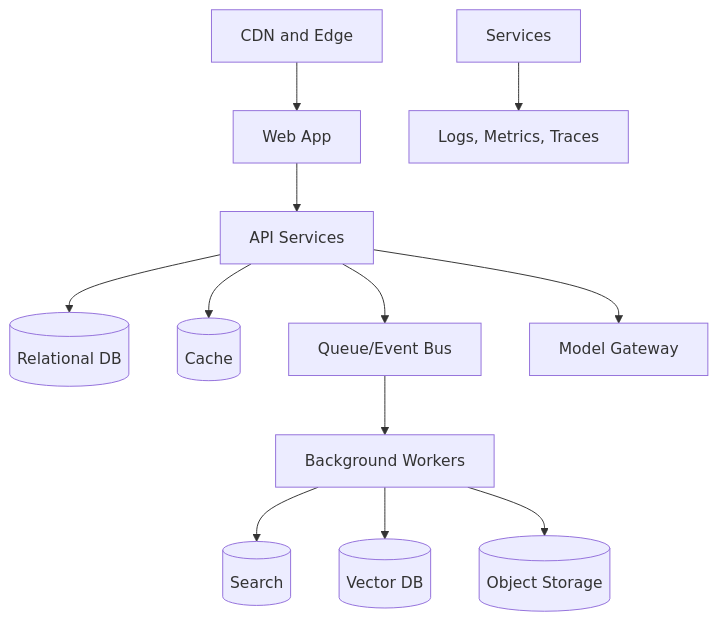
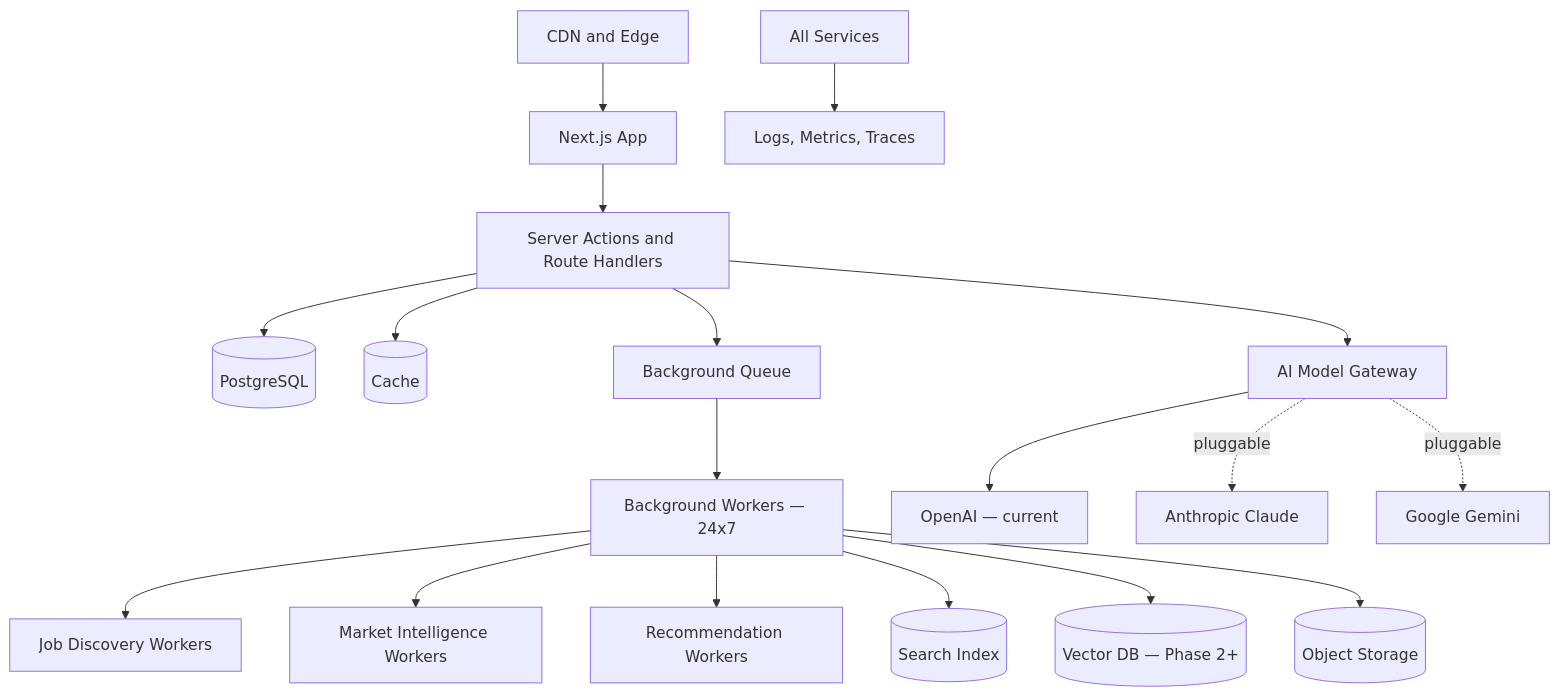
Before and after one commit to Mirzzie/Fadi: the diagram in docs/INFRASTRUCTURE_AND_DEPLOYMENT.md, drawn with Mermaid. The commit also changed other lines of this file and 65 other files, not shown here.

First line of the commit message:
docs: update architecture docs for Better Auth, Kai, and data sources

````diff
--- a/docs/INFRASTRUCTURE_AND_DEPLOYMENT.md
+++ b/docs/INFRASTRUCTURE_AND_DEPLOYMENT.md
@@ -27,14 +25,20 @@
 ```mermaid
 flowchart TD
-    CDN[CDN and Edge] --> Web[Web App]
-    Web --> API[API Services]
-    API --> DB[(Relational DB)]
+    CDN[CDN and Edge] --> Web[Next.js App]
+    Web --> API[Server Actions and Route Handlers]
+    API --> DB[(PostgreSQL)]
     API --> Cache[(Cache)]
-    API --> Queue[Queue/Event Bus]
-    Queue --> Workers[Background Workers]
-    Workers --> Search[(Search)]
-    Workers --> Vector[(Vector DB)]
+    API --> Queue[Background Queue]
+    Queue --> Workers[Background Workers — 24x7]
+    Workers --> Jobs[Job Discovery Workers]
+    Workers --> Market[Market Intelligence Workers]
+    Workers --> Rec[Recommendation Workers]
+    Workers --> Search[(Search Index)]
+    Workers --> Vector[(Vector DB — Phase 2+)]
     Workers --> Object[(Object Storage)]
-    API --> Model[Model Gateway]
-    Services[Services] --> Observability[Logs, Metrics, Traces]
+    API --> Gateway[AI Model Gateway]
+    Gateway --> OpenAI[OpenAI — current]
+    Gateway -. pluggable .-> Claude[Anthropic Claude]
+    Gateway -. pluggable .-> Gemini[Google Gemini]
+    Services[All Services] --> Observability[Logs, Metrics, Traces]
 ```
````
